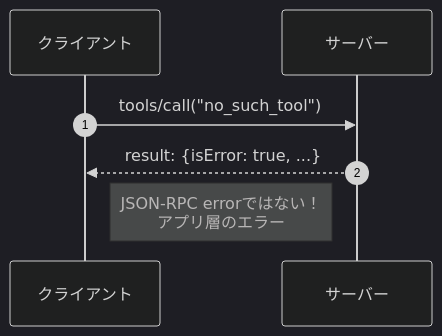
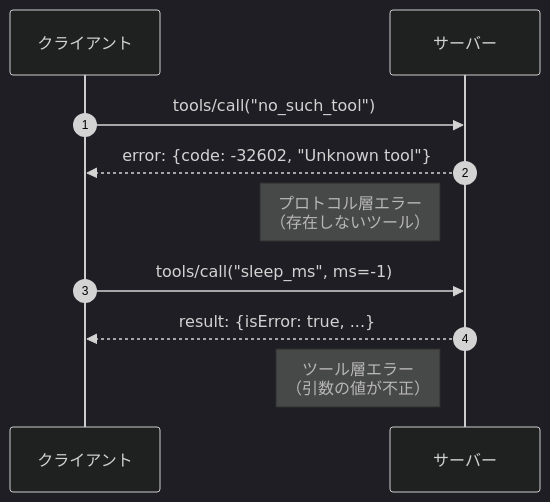
The fourth of 8 diagrams in README.md (ipusiron/async-rpc-failure-simulator), drawn with Mermaid (dark theme) before and after one commit. The commit also changed other lines of this file, not shown here.

````diff
--- a/README.md
+++ b/README.md
@@ -496,11 +482,14 @@
 ```mermaid
 sequenceDiagram
     autonumber
     participant Client as クライアント
     participant Server as サーバー
 
     Client->>Server: tools/call("no_such_tool")
+    Server-->>Client: error: {code: -32602, "Unknown tool"}
+    Note left of Server: プロトコル層エラー<br/>（存在しないツール）
 
+    Client->>Server: tools/call("sleep_ms", ms=-1)
     Server-->>Client: result: {isError: true, ...}
-    Note left of Server: JSON-RPC errorではない！<br/>アプリ層のエラー
+    Note left of Server: ツール層エラー<br/>（引数の値が不正）
 ```
````
